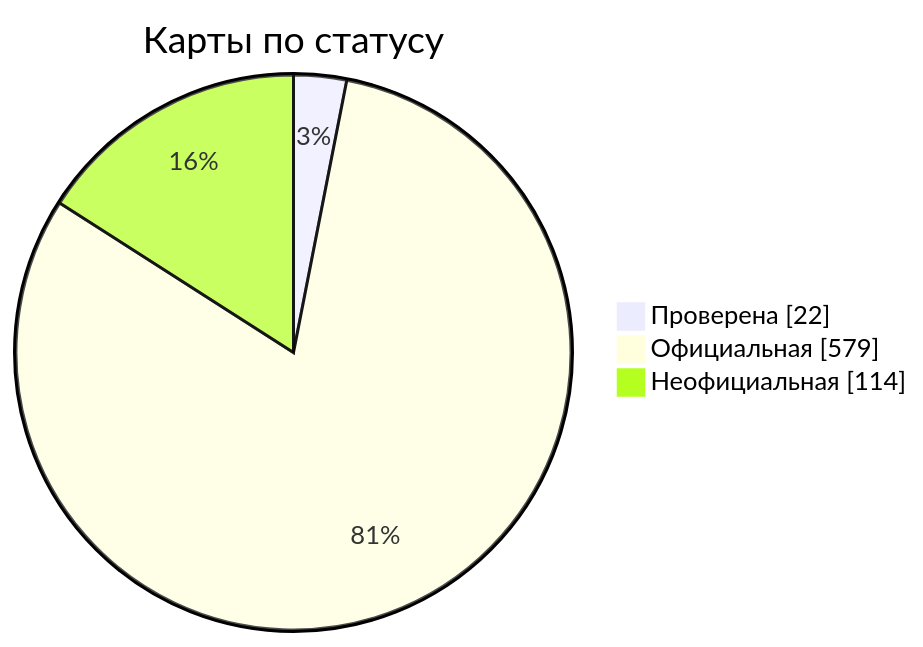
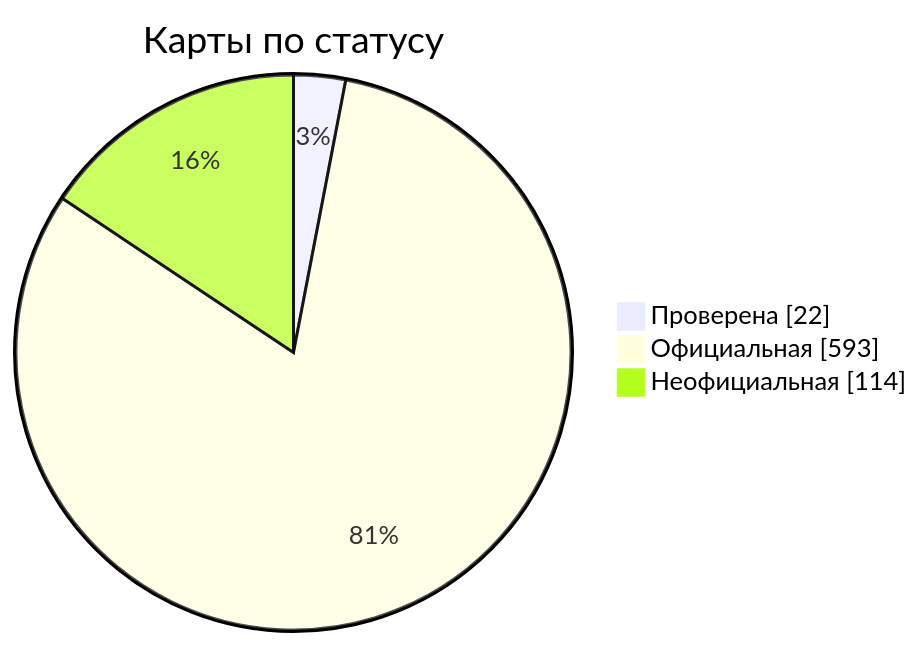
The diagram in docs/readme/README_RU.md (nobrega8/mbmap-library), drawn with Mermaid before and after one commit. The commit also changed 19 other files, not shown here.

````diff
--- a/docs/readme/README_RU.md
+++ b/docs/readme/README_RU.md
@@ -54,7 +54,7 @@
 ```mermaid
 pie showData
     title Карты по статусу
     "Проверена" : 22
-    "Официальная" : 579
+    "Официальная" : 593
     "Неофициальная" : 114
 ```
````
